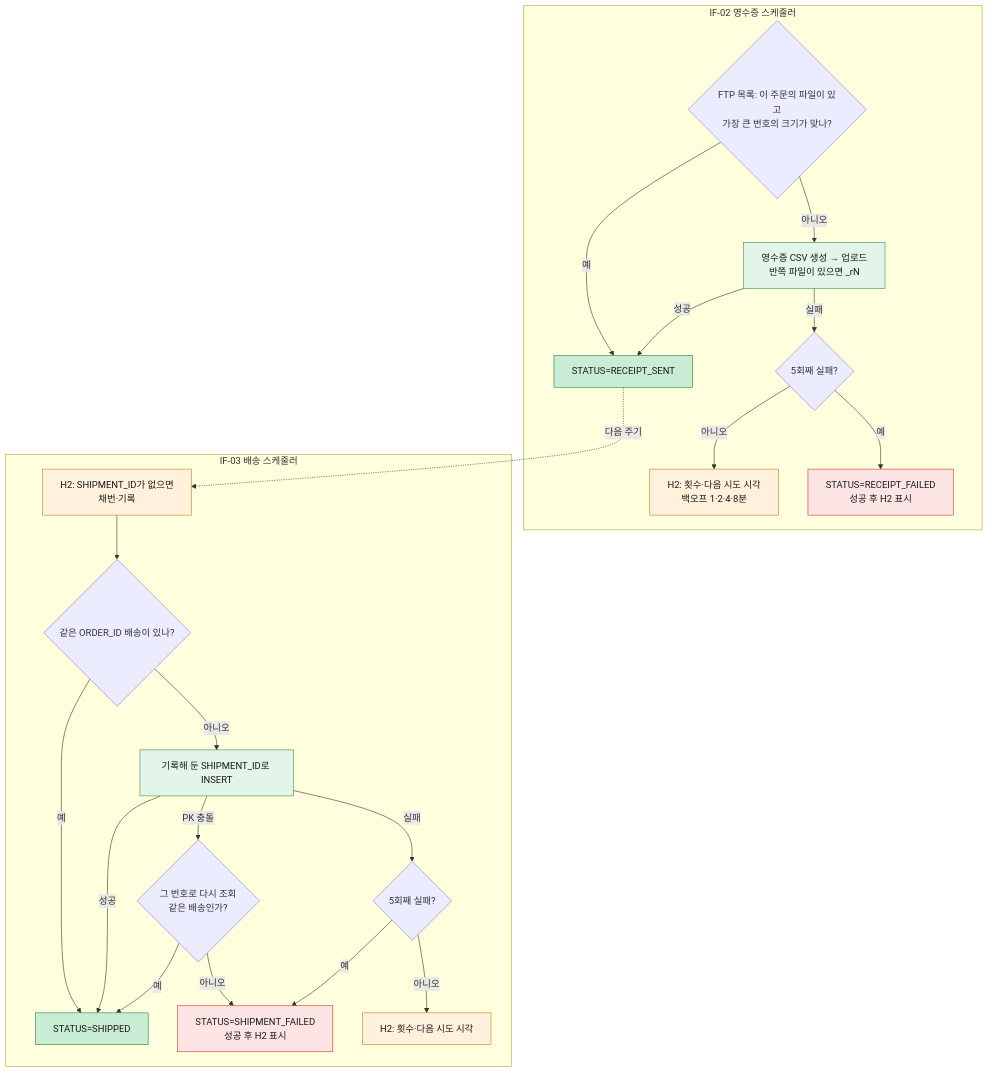
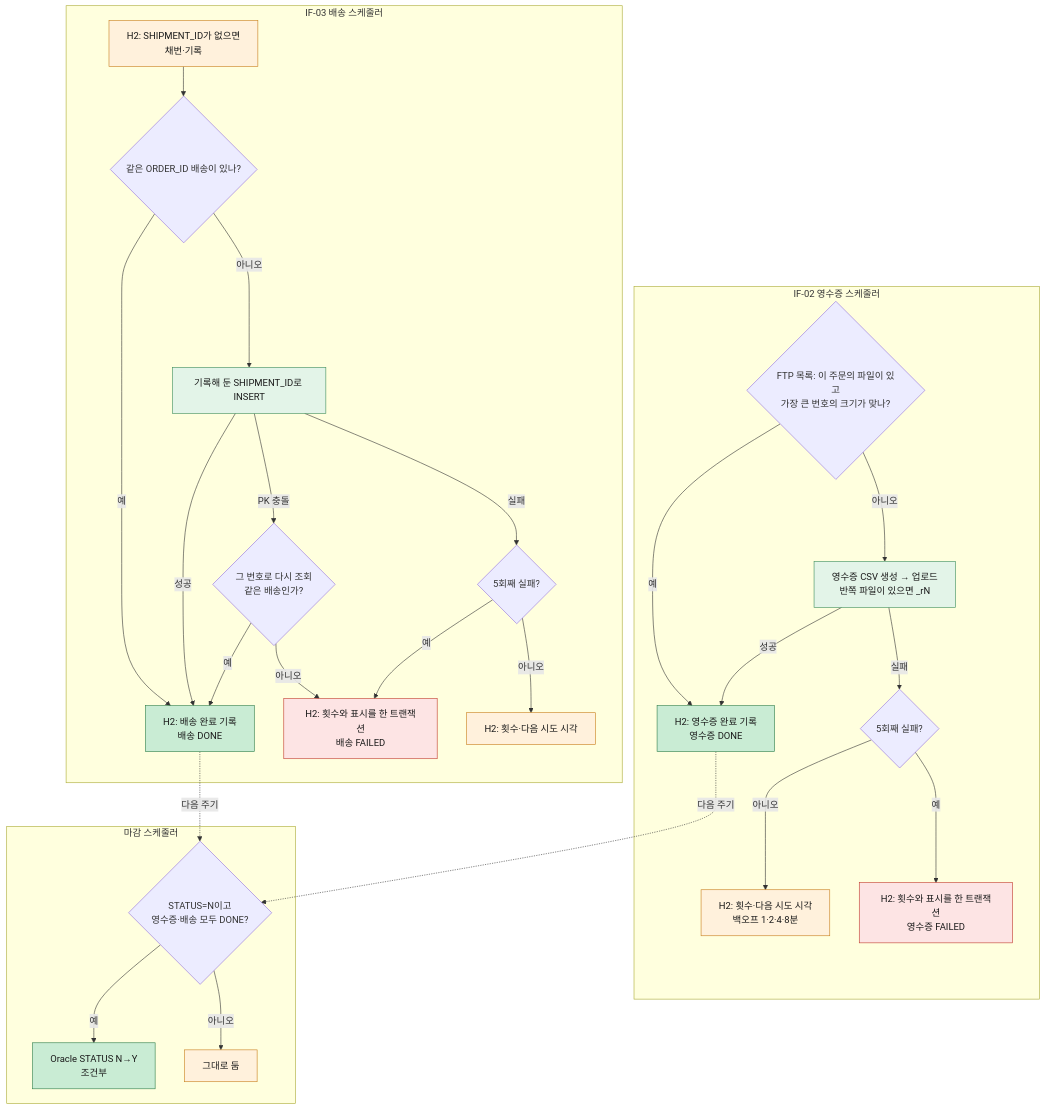
Before and after one commit to milkkwong2/inspien-assignment: diagram 16 of 21 in docs/design.md, drawn with Mermaid. The commit also changed other lines of this file and 2 other files, not shown here.

First line of the commit message:
docs: STATUS N/Y 재설계와 공통 시각 필드 (D-26, D-27)

````diff
--- a/docs/design.md
+++ b/docs/design.md
@@ -826,31 +907,37 @@
 ```mermaid
 flowchart TD
     subgraph IF02[IF-02 영수증 스케줄러]
         P2{FTP 목록: 이 주문의 파일이 있고<br/>가장 큰 번호의 크기가 맞나?}
         P2 -- 예 --> P4
         P2 -- 아니오 --> P3[영수증 CSV 생성 → 업로드<br/>반쪽 파일이 있으면 _rN]:::app
-        P3 -- 성공 --> P4[STATUS=RECEIPT_SENT]:::ok
+        P3 -- 성공 --> P4[H2: 영수증 완료 기록<br/>영수증 DONE]:::ok
         P3 -- 실패 --> P5{5회째 실패?}
         P5 -- 아니오 --> P6[H2: 횟수·다음 시도 시각<br/>백오프 1·2·4·8분]:::store
-        P5 -- 예 --> P7[STATUS=RECEIPT_FAILED<br/>성공 후 H2 표시]:::fail
+        P5 -- 예 --> P7[H2: 횟수와 표시를 한 트랜잭션<br/>영수증 FAILED]:::fail
     end
     subgraph IF03[IF-03 배송 스케줄러]
         S1[H2: SHIPMENT_ID가 없으면<br/>채번·기록]:::store --> S2
         S2{같은 ORDER_ID 배송이 있나?}
         S2 -- 예 --> S4
         S2 -- 아니오 --> S3[기록해 둔 SHIPMENT_ID로 INSERT]:::app
-        S3 -- 성공 --> S4[STATUS=SHIPPED]:::ok
+        S3 -- 성공 --> S4[H2: 배송 완료 기록<br/>배송 DONE]:::ok
         S3 -- PK 충돌 --> S8{그 번호로 다시 조회<br/>같은 배송인가?}
         S8 -- 예 --> S4
         S8 -- 아니오 --> S7
         S3 -- 실패 --> S5{5회째 실패?}
         S5 -- 아니오 --> S6[H2: 횟수·다음 시도 시각]:::store
-        S5 -- 예 --> S7[STATUS=SHIPMENT_FAILED<br/>성공 후 H2 표시]:::fail
+        S5 -- 예 --> S7[H2: 횟수와 표시를 한 트랜잭션<br/>배송 FAILED]:::fail
     end
-    P4 -. 다음 주기 .-> S1
+    subgraph CL[마감 스케줄러]
+        C1{STATUS=N이고<br/>영수증·배송 모두 DONE?}
+        C1 -- 예 --> C2[Oracle STATUS N→Y<br/>조건부]:::ok
+        C1 -- 아니오 --> C3[그대로 둠]:::store
+    end
+    P4 -. 다음 주기 .-> C1
+    S4 -. 다음 주기 .-> C1
 
     classDef app fill:#e3f4e8,stroke:#3c8d5a,color:#1a1a1a
     classDef store fill:#fff1dc,stroke:#c77d1a,color:#1a1a1a
     classDef ok fill:#c9ecd4,stroke:#2e7d4a,color:#1a1a1a
     classDef fail fill:#fde4e4,stroke:#c0392b,color:#1a1a1a
 ```
````
